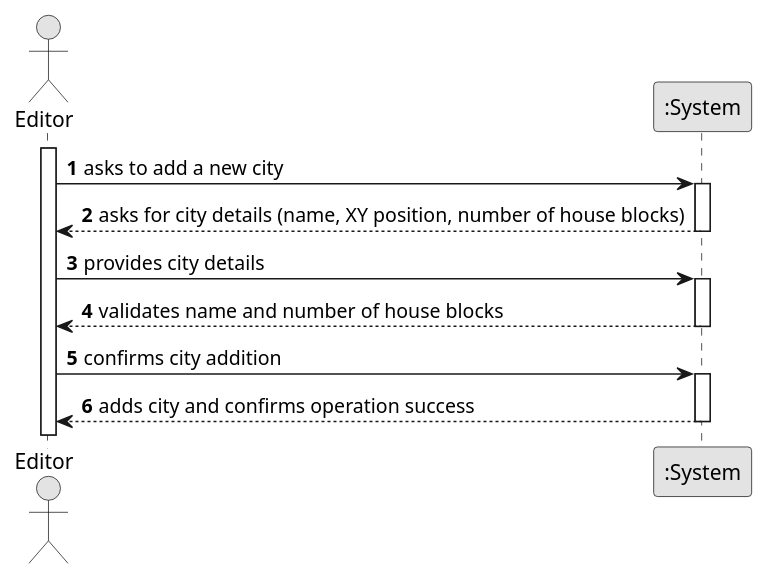
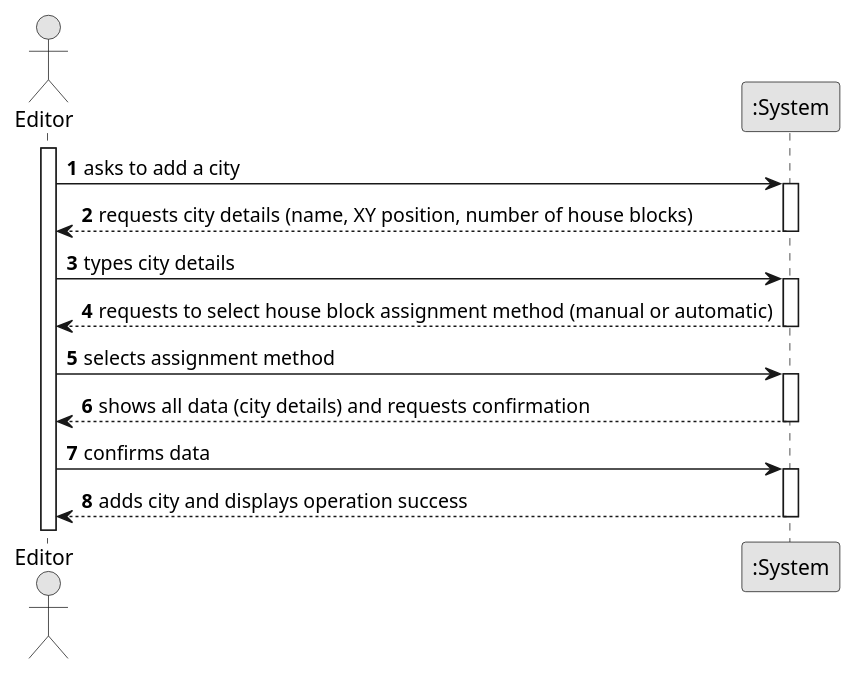
One commit to 1240826/empire-on-tracks changed the diagram in docs/system-documentation/US003/01.requirements-engineering/puml/US003-SSD.puml. Above: the diagram before and after it, drawn with PlantUML. The commit also changed 5 other files, not shown here.

```diff
--- a/docs/system-documentation/US003/01.requirements-engineering/puml/US003-SSD.puml
+++ b/docs/system-documentation/US003/01.requirements-engineering/puml/US003-SSD.puml
@@ -1,31 +1,43 @@
 @startuml
 skinparam monochrome true
 skinparam packageStyle rectangle
 skinparam shadowing false
 
 autonumber
 
 actor "Editor" as Editor
 participant ":System" as System
 
 activate Editor
 
-    Editor -> System : asks to add a new city
+    Editor -> System : asks to add a city
     activate System
 
-        System --> Editor : asks for city details (name, XY position, number of house blocks)
+        System --> Editor : requests city details (name, XY position, number of house blocks)
     deactivate System
 
-    Editor -> System : provides city details
+    Editor -> System : types city details
     activate System
 
-        System --> Editor : validates name and number of house blocks
-    deactivate System
+     System --> Editor : requests to select house block assignment method (manual or automatic)
+        deactivate System
 
-    Editor -> System : confirms city addition
-    activate System
+        Editor -> System : selects assignment method
+        activate System
 
-        System --> Editor : adds city and confirms operation success
-    deactivate System
+        System --> Editor : shows all data (city details) and requests confirmation
+            deactivate System
+
+        Editor -> System : confirms data
+        activate System
+
+        System --> Editor : adds city and displays operation success
+        deactivate System
+
+
+
+
+
+
 
 @enduml
```
